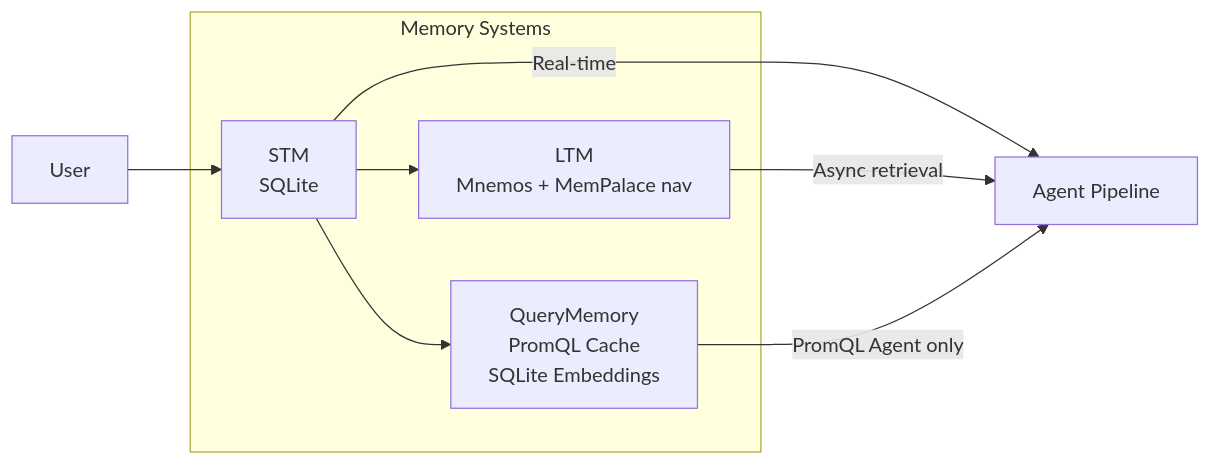
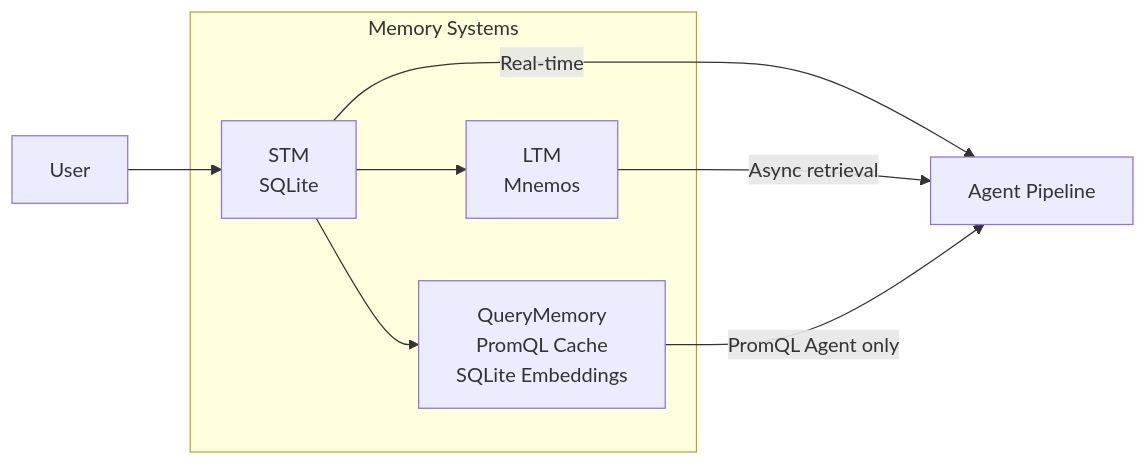
One commit to AION-by-ASA-Computer/AION_Agent changed the first of 3 diagrams in docs/memory/stm-ltm-and-query.md. Above: the diagram before and after it, drawn with Mermaid. The commit also changed other lines of this file and 137 other files, not shown here.

````diff
--- a/docs/memory/stm-ltm-and-query.md
+++ b/docs/memory/stm-ltm-and-query.md
@@ -19,12 +19,12 @@
 ```mermaid
 flowchart LR
     subgraph Memory Systems
-        STM[STM\nSQLite] --> LTM[LTM\nMnemos + MemPalace nav]
+        STM[STM\nSQLite] --> LTM[LTM\nMnemos]
         STM --> QM[QueryMemory\nPromQL Cache\nSQLite Embeddings]
     end
 
     User[User] --> STM
     STM -->|Real-time| Pipeline[Agent Pipeline]
     LTM -->|Async retrieval| Pipeline
     QM -->|PromQL Agent only| Pipeline
 ```
````
